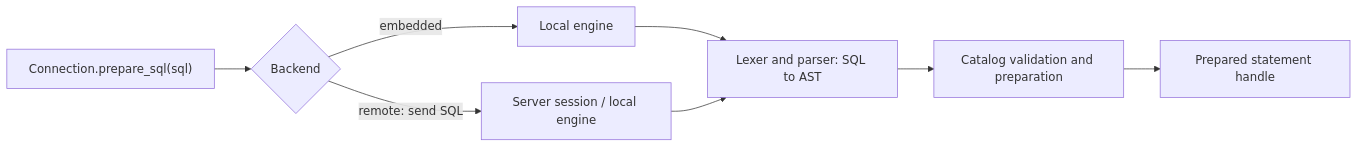
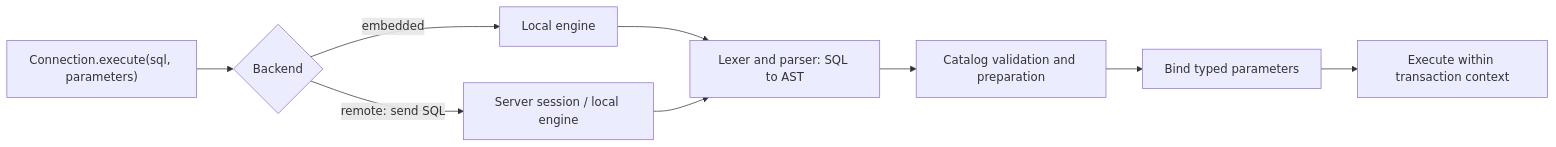
Before and after one commit to adityarao2005/database: the third of 3 diagrams in docs/design/README.md, drawn with Mermaid. The commit also changed other lines of this file and 1 other file, not shown here.

Commit message:
refactor: update README documentation for database client and connection handling; enhance examples for parameterized SQL execution

````diff
--- a/docs/design/README.md
+++ b/docs/design/README.md
@@ -151,10 +94,11 @@
 ```mermaid
 flowchart LR
-    Connection["Connection.prepare_sql(sql)"] --> Backend{"Backend"}
+    Connection["Connection.execute(sql, parameters)"] --> Backend{"Backend"}
     Backend --> |embedded| Local["Local engine"]
     Backend --> |remote: send SQL| Server["Server session / local engine"]
     Local --> Parse["Lexer and parser: SQL to AST"]
     Server --> Parse
     Parse --> Prepare["Catalog validation and preparation"]
-    Prepare --> Statement["Prepared statement handle"]
+    Prepare --> Bind["Bind typed parameters"]
+    Bind --> Execute["Execute within transaction context"]
 ```
````
